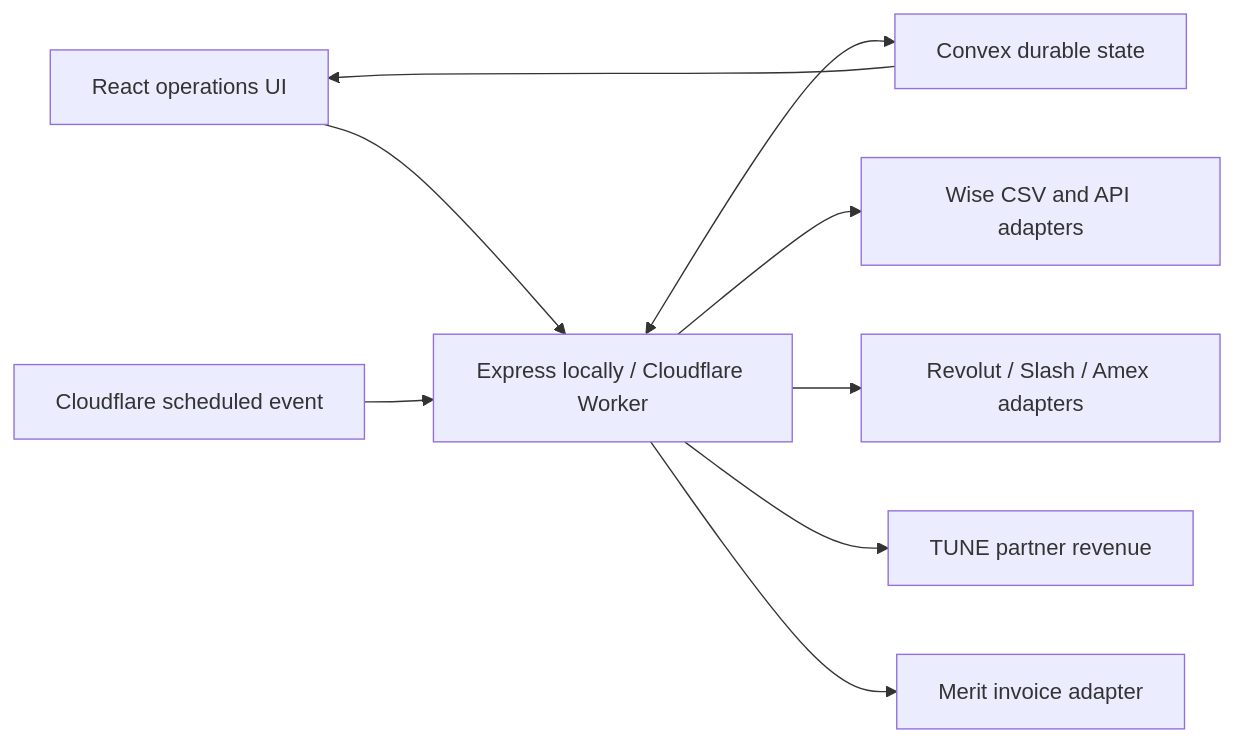
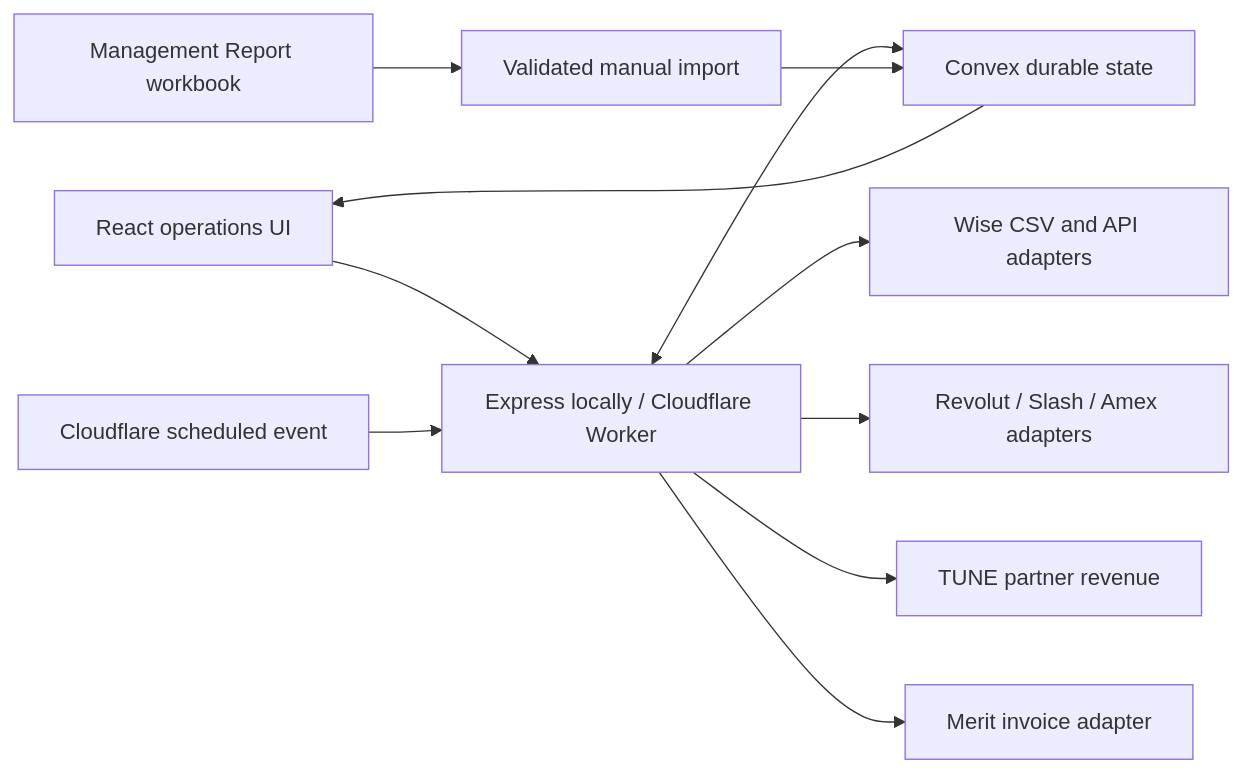
One commit to AliKhairreddin/finance-dash changed the diagram in README.md. Above: the diagram before and after it, drawn with Mermaid. The commit also changed other lines of this file and 19 other files, not shown here.

Commit message:
Add management report workspace and importer

````diff
--- a/README.md
+++ b/README.md
@@ -41,11 +42,13 @@
 ```mermaid
 flowchart LR
     U["React operations UI"] --> API["Express locally / Cloudflare Worker"]
     API <--> C["Convex durable state"]
     API --> W["Wise CSV and API adapters"]
     API --> R["Revolut / Slash / Amex adapters"]
     API --> T["TUNE partner revenue"]
     API --> M["Merit invoice adapter"]
     CRON["Cloudflare scheduled event"] --> API
+    SHEET["Management Report workbook"] --> IMPORT["Validated manual import"]
+    IMPORT --> C
     C --> U
 ```
````
